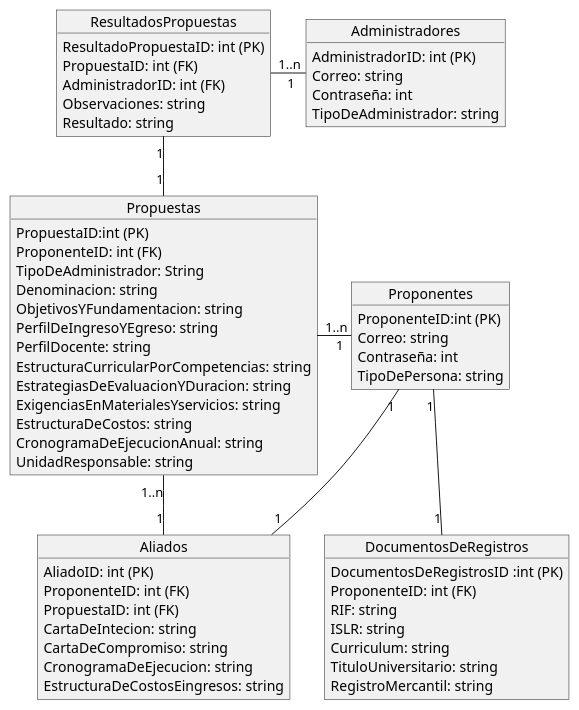
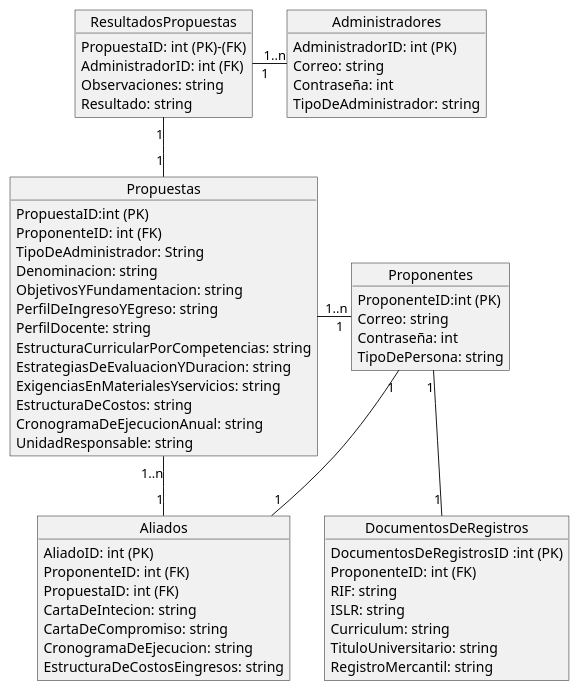
The diagram in docs/logicalView/DatabaseDiagram.plantuml (edwynG/Proyecto-ingenieria-del-software), drawn with PlantUML before and after one commit. The commit also changed 7 other files, not shown here.

```diff
--- a/docs/logicalView/DatabaseDiagram.plantuml
+++ b/docs/logicalView/DatabaseDiagram.plantuml
@@ -1,73 +1,72 @@
 @startuml DatabaseDiagram
 
 object Proponentes{
     ProponenteID:int (PK)
     Correo: string
     Contraseña: int
     TipoDePersona: string
 }
 
 object Administradores{
     AdministradorID: int (PK)
     Correo: string
     Contraseña: int
     TipoDeAdministrador: string
 }
 
 object DocumentosDeRegistros{
     DocumentosDeRegistrosID :int (PK)
     ProponenteID: int (FK)
     RIF: string
     ISLR: string
     Curriculum: string
     TituloUniversitario: string
     RegistroMercantil: string
 }
 
 
 
 object Propuestas{
     PropuestaID:int (PK)
     ProponenteID: int (FK)
     TipoDeAdministrador: String
     Denominacion: string
     ObjetivosYFundamentacion: string
     PerfilDeIngresoYEgreso: string
     PerfilDocente: string
     EstructuraCurricularPorCompetencias: string
     EstrategiasDeEvaluacionYDuracion: string
     ExigenciasEnMaterialesYservicios: string
     EstructuraDeCostos: string
     CronogramaDeEjecucionAnual: string
     UnidadResponsable: string
 }
 
 object ResultadosPropuestas{
-    ResultadoPropuestaID: int (PK)
-    PropuestaID: int (FK)
+    PropuestaID: int (PK)-(FK)
     AdministradorID: int (FK)
     Observaciones: string
     Resultado: string
 }
 
 
 object Aliados{
     AliadoID: int (PK)
     ProponenteID: int (FK)
     PropuestaID: int (FK)
     CartaDeIntecion: string
     CartaDeCompromiso: string
     CronogramaDeEjecucion: string
     EstructuraDeCostosEingresos: string
 }
 
 
 
 ResultadosPropuestas "1"--"1" Propuestas
-ResultadosPropuestas "1..n   "-r-- " 1 " Administradores
+Administradores "1   "-l- " 1..n" ResultadosPropuestas
 DocumentosDeRegistros "1"-u-"1" Proponentes
 Propuestas "1..n "-r-" 1" Proponentes
 Aliados "1"-u-"1" Proponentes
 Aliados "1"-u-"1..n" Propuestas
 
 @enduml
```
